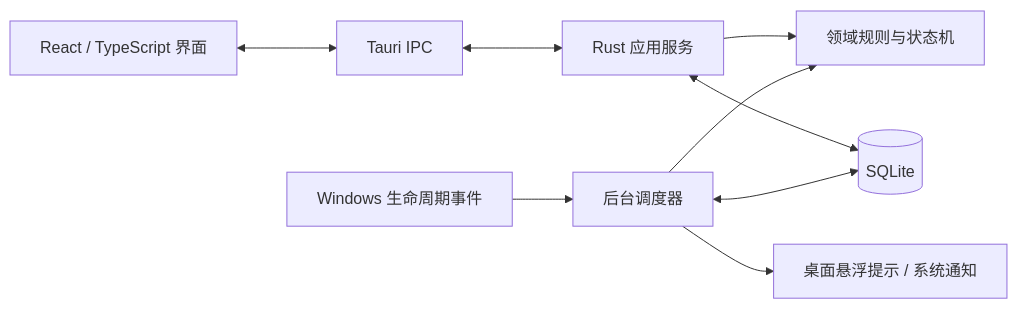
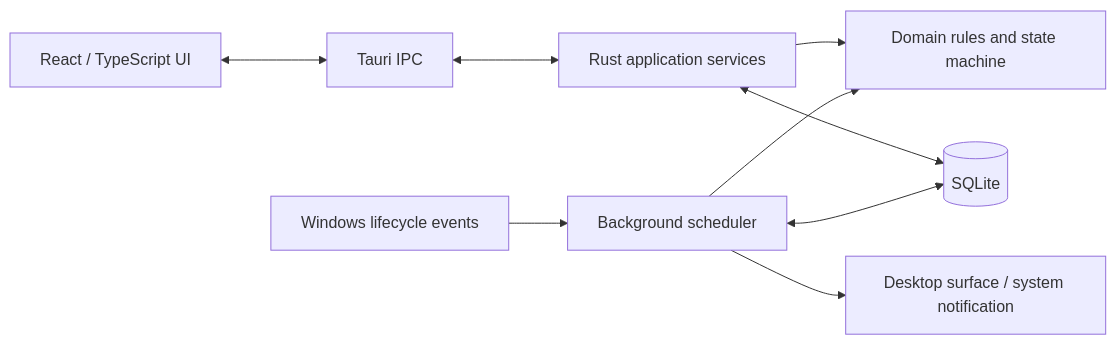
The diagram in README.md (peijinliang/TakeFive), drawn with Mermaid before and after one commit. The commit also changed other lines of this file and 36 other files, not shown here.

````diff
--- a/README.md
+++ b/README.md
@@ -45,11 +71,11 @@
 ```mermaid
 flowchart LR
-    UI["React / TypeScript 界面"] <--> IPC["Tauri IPC"]
-    IPC <--> APP["Rust 应用服务"]
-    APP --> DOMAIN["领域规则与状态机"]
+    UI["React / TypeScript UI"] <--> IPC["Tauri IPC"]
+    IPC <--> APP["Rust application services"]
+    APP --> DOMAIN["Domain rules and state machine"]
     APP <--> DB[("SQLite")]
-    PLATFORM["Windows 生命周期事件"] --> SCHED["后台调度器"]
+    PLATFORM["Windows lifecycle events"] --> SCHED["Background scheduler"]
     SCHED --> DOMAIN
     SCHED <--> DB
-    SCHED --> DELIVERY["桌面悬浮提示 / 系统通知"]
+    SCHED --> DELIVERY["Desktop surface / system notification"]
 ```
````
